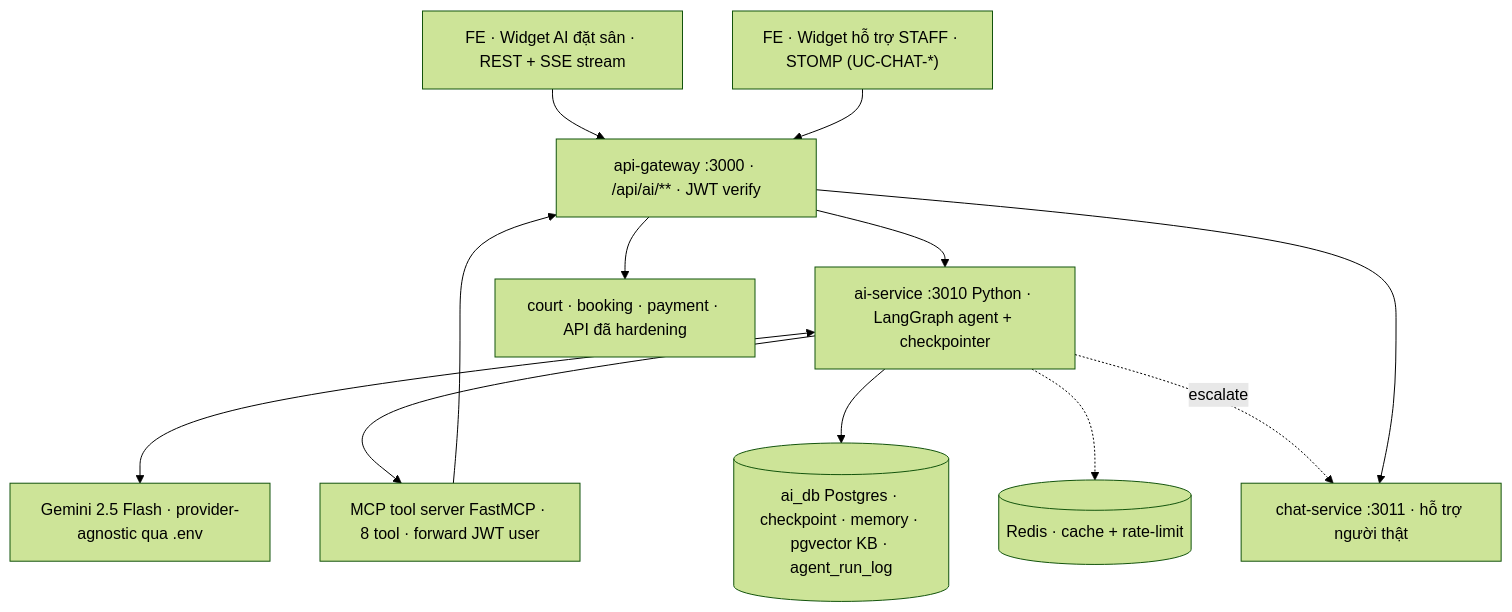
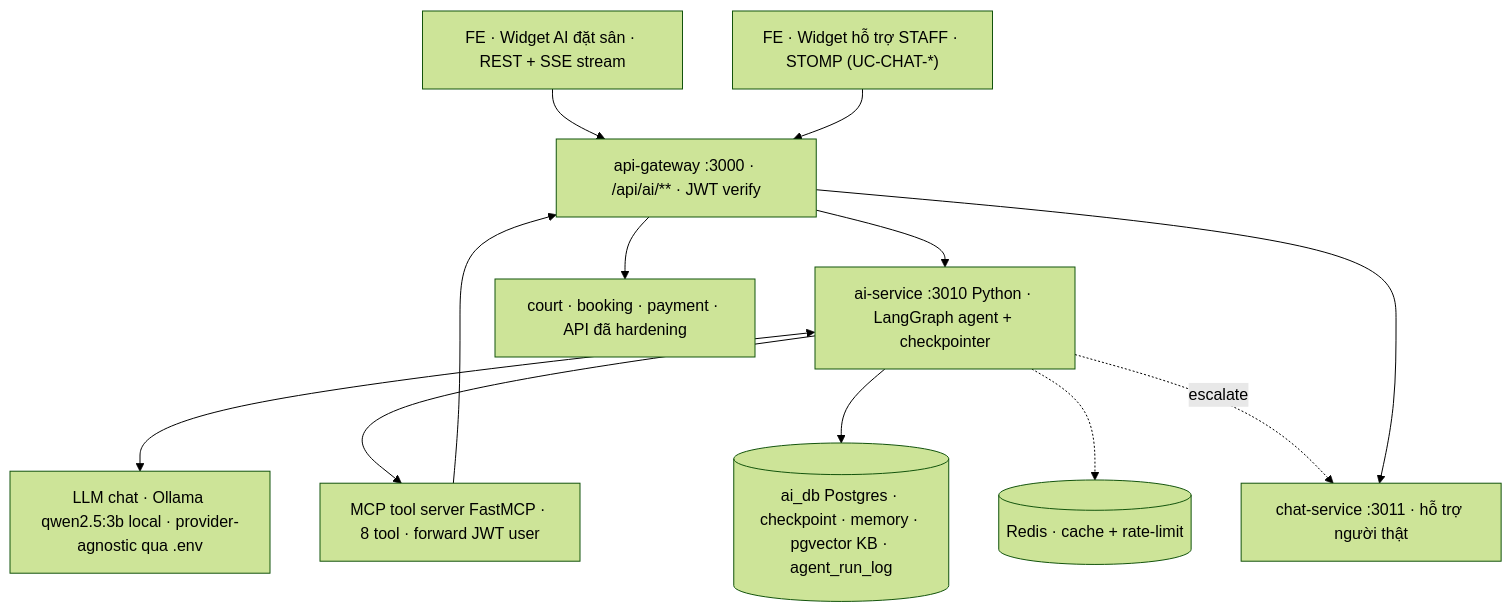
The first of 3 diagrams in UC_AI_Service_CustomerSupport.md (phucgigital03/BadmintonHub), drawn with Mermaid (forest theme) before and after one commit. The commit also changed other lines of this file and 12 other files, not shown here.

First line of the commit message:
feat(ai-service): chat LLM Gemini→Ollama local (qwen2.5:3b) + sync docs

````diff
--- a/UC_AI_Service_CustomerSupport.md
+++ b/UC_AI_Service_CustomerSupport.md
@@ -85,24 +85,24 @@
 ```mermaid
 graph TD
     U1["FE · Widget AI đặt sân · REST + SSE stream"]
     U2["FE · Widget hỗ trợ STAFF · STOMP (UC-CHAT-*)"]
     GW["api-gateway :3000 · /api/ai/** · JWT verify"]
     AI["ai-service :3010 Python · LangGraph agent + checkpointer"]
-    LLM["Gemini 2.5 Flash · provider-agnostic qua .env"]
+    LLM["LLM chat · Ollama qwen2.5:3b local · provider-agnostic qua .env"]
     MCP["MCP tool server FastMCP · 8 tool · forward JWT user"]
     SVC["court · booking · payment · API đã hardening"]
     DB[("ai_db Postgres · checkpoint · memory · pgvector KB · agent_run_log")]
     RD[("Redis · cache + rate-limit")]
     CHAT["chat-service :3011 · hỗ trợ người thật"]
     U1 --> GW
     GW --> AI
     AI <--> LLM
     AI --> MCP
     MCP --> GW
     GW --> SVC
     AI --> DB
     AI -.-> RD
     AI -. escalate .-> CHAT
     U2 --> GW
     GW --> CHAT
 ```
````
